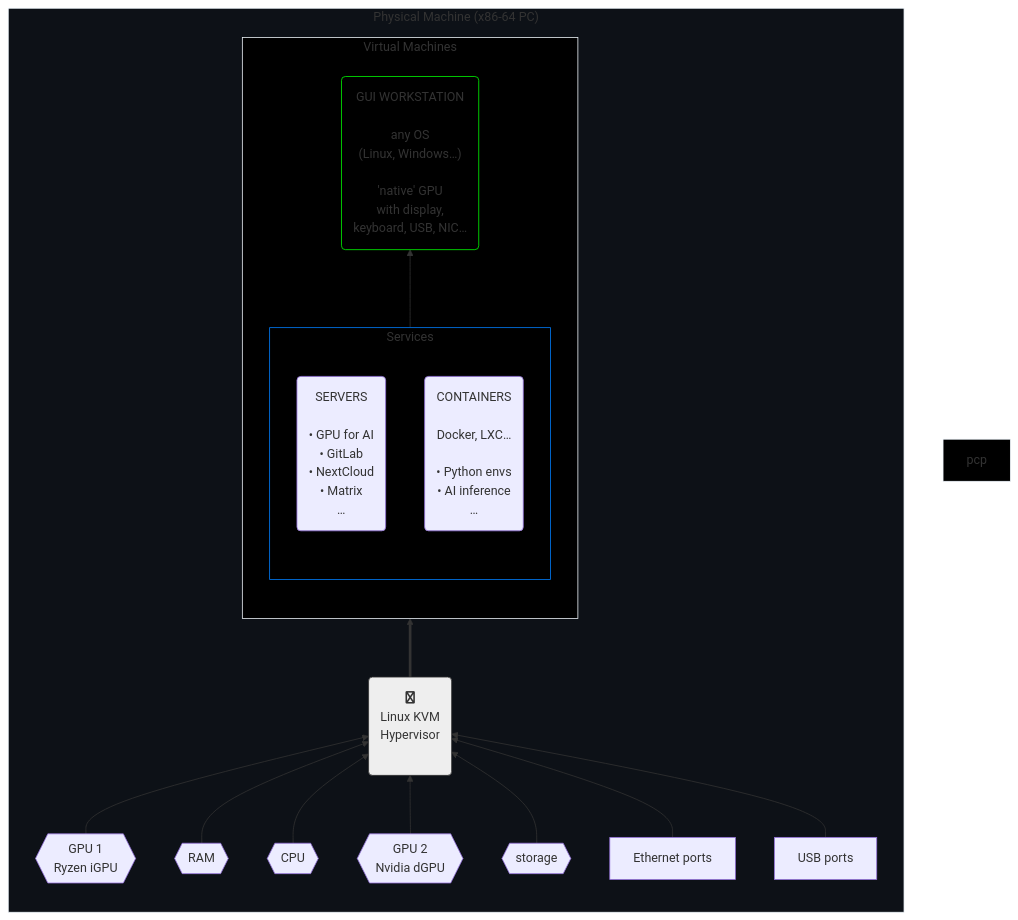
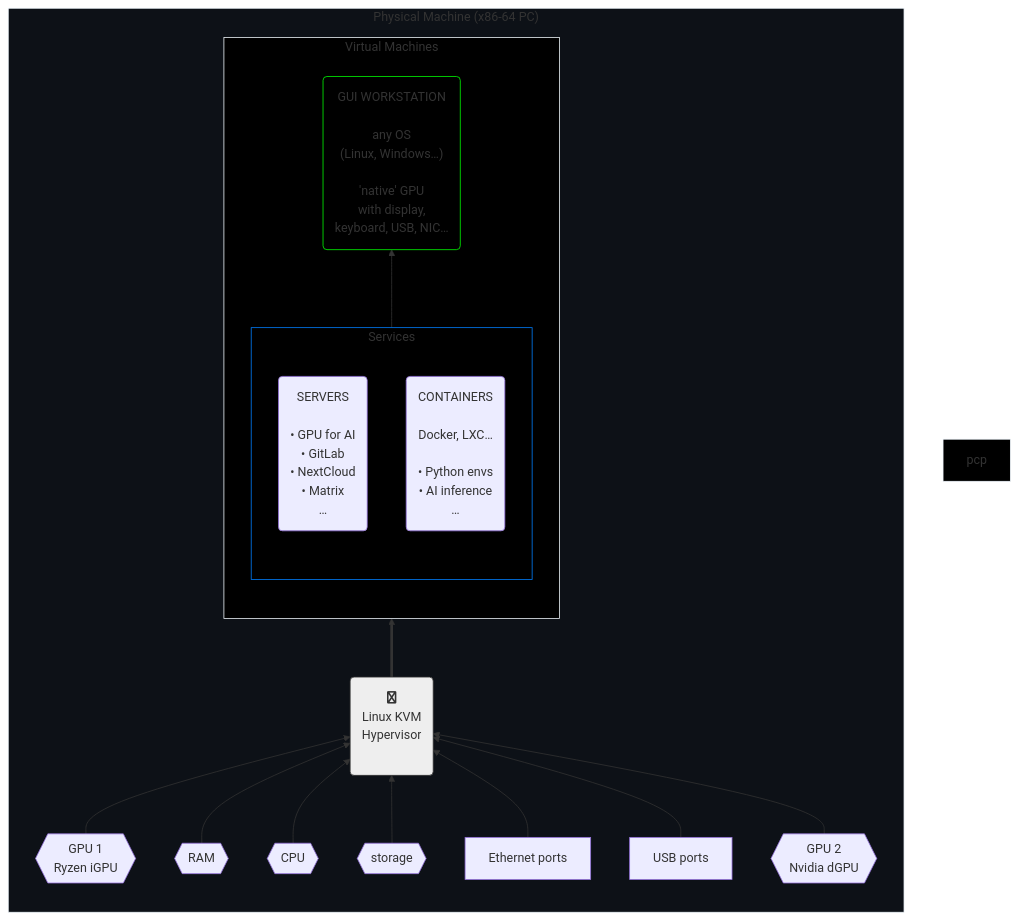
One commit to agenkit/GHost changed the first of 2 diagrams in README.md. Above: the diagram before and after it, drawn with Mermaid.

````diff
--- a/README.md
+++ b/README.md
@@ -21,45 +21,44 @@
 ```mermaid
 graph BT
 
 subgraph p["Physical Machine (x86-64 PC)"]
    direction BT
 
-   pgpu1{{"GPU 1<br>Ryzen iGPU"}} --> host("<br>Linux KVM<br>Hypervisor<br><br>IOMMU<br>+<br>VFIO<br><br>")
+   pgpu1{{"GPU 1<br>Ryzen iGPU"}} --> host
    pmem{{"RAM<br>"}} --> host
    pcpu{{"CPU<br>"}} --> host
-   pgpu2{{"GPU 2<br>Nvidia dGPU"}} --> host
    pstor{{"storage<br>"}} --> host
    pnet["Ethernet ports"] --> host
    pusb["USB ports"] --> host
+   pgpu2{{"GPU 2<br>Nvidia dGPU"}} --> host
    host(fa:fa-linux<br>Linux KVM<br>Hypervisor<br><br>)
+host ==> v
 
    subgraph v["Virtual Machines"]
       direction BT
       g("GUI WORKSTATION<br><br>any OS<br>(Linux, Windows…)<br><br>'native' GPU<br>with display,<br>keyboard, USB, NIC…")
 
       subgraph s["Services"]
          direction BT
          vsrv("SERVERS<br><br>• GPU for AI<br>• GitLab<br>• NextCloud<br>• Matrix<br>…")
          cont("CONTAINERS<br><br>Docker, LXC…<br><br>• Python envs<br>• AI inference<br>…")
       end
       s --> g
    end
-host ==> v
 end
-
 
 
 p:::trans
 v:::wht
 host:::lit
 pcp:::wht
 s:::blu
 g:::grn
 
 classDef trans fill:#0d1117,stroke:#f0f6fc
 classDef wht fill:#000,stroke:#f0f6fc
 classDef red fill:#000,stroke:#f00
 classDef blu fill:#000,stroke:#007FFF
 classDef lit fill:#eee,stroke:#333,color:#333
 classDef grn fill:#000,stroke:#0f0
 ```
````
